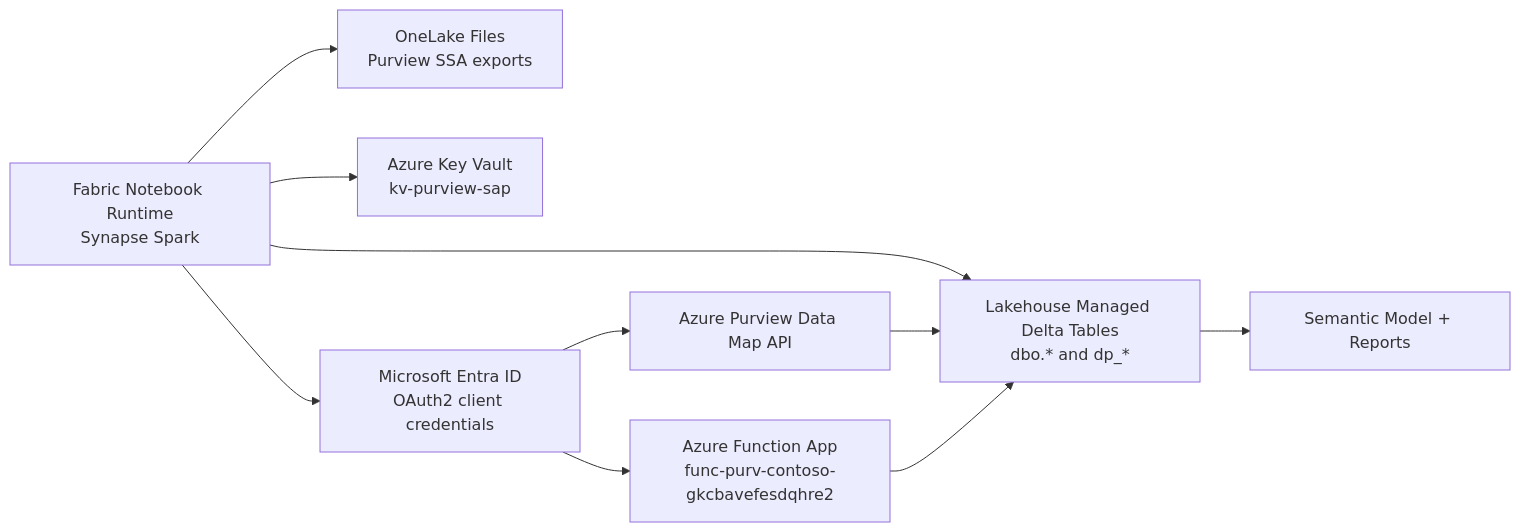
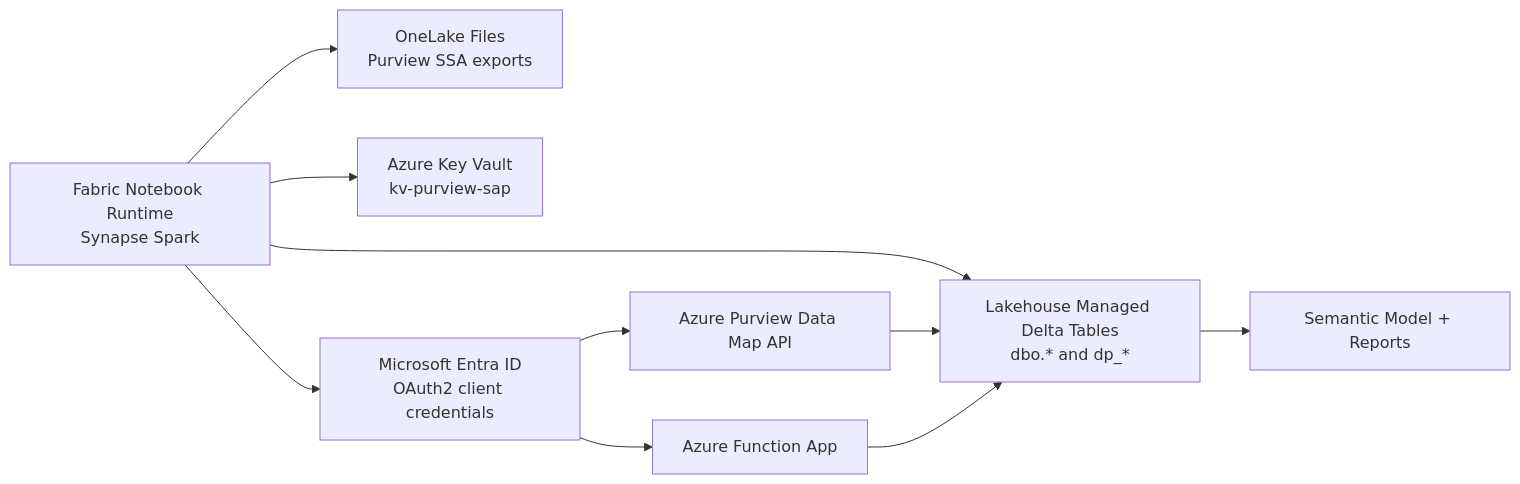
One commit to moazmirza/data-sov-and-hyb-cloud changed the diagram in shared/fabric/NOTEBOOK_BLOCKS.md. Above: the diagram before and after it, drawn with Mermaid. The commit also changed other lines of this file and 9 other files, not shown here.

````diff
--- a/shared/fabric/NOTEBOOK_BLOCKS.md
+++ b/shared/fabric/NOTEBOOK_BLOCKS.md
@@ -11,12 +11,12 @@
 ```mermaid
 flowchart LR
   A[Fabric Notebook Runtime\nSynapse Spark] --> B[OneLake Files\nPurview SSA exports]
   A --> C[Lakehouse Managed Delta Tables\ndbo.* and dp_*]
   A --> D[Azure Key Vault\nkv-purview-sap]
   A --> E[Microsoft Entra ID\nOAuth2 client credentials]
   E --> F[Azure Purview Data Map API]
-  E --> G[Azure Function App\nfunc-purv-contoso-gkcbavefesdqhre2]
+  E --> G[Azure Function App\n<FUNCTION_APP_NAME>]
   F --> C
   G --> C
   C --> H[Semantic Model + Reports]
 ```
````
